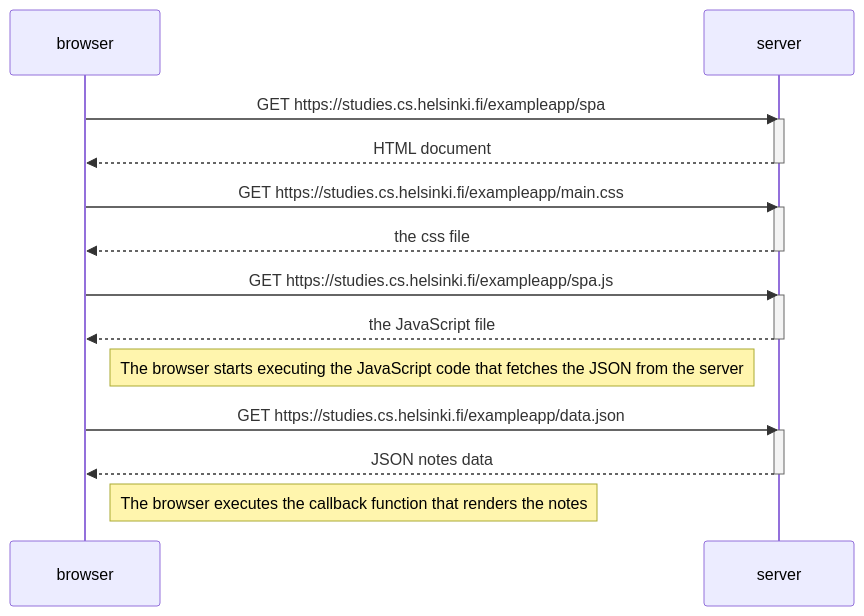
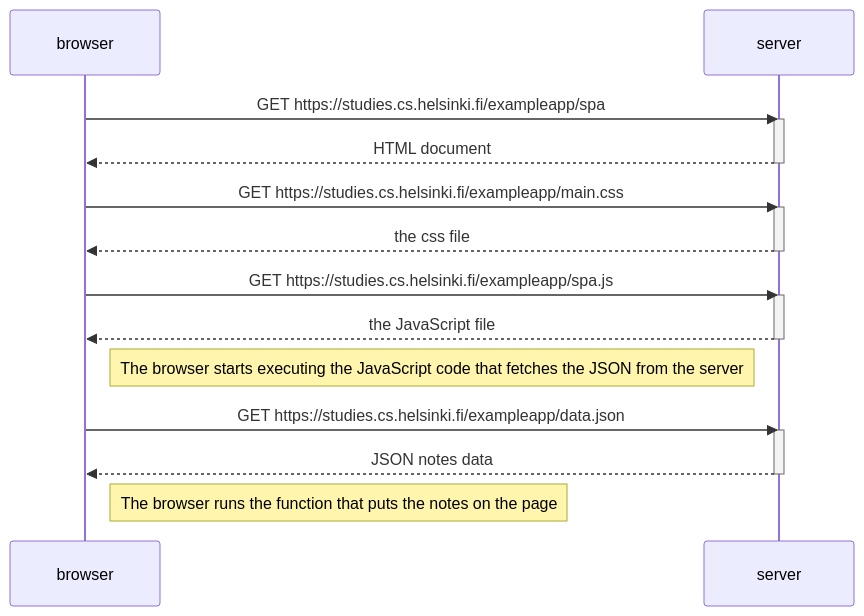
One commit to justus-the-pegasus/fullstackopen changed the diagram in part0/exercise0.5.md. Above: the diagram before and after it, drawn with Mermaid. The commit also changed 1 other file, not shown here.

Commit message:
updated notes

````diff
--- a/part0/exercise0.5.md
+++ b/part0/exercise0.5.md
@@ -1,29 +1,29 @@
 ```mermaid
 sequenceDiagram
     participant browser
     participant server
 
     browser->>server: GET https://studies.cs.helsinki.fi/exampleapp/spa
     activate server
     server-->>browser: HTML document
     deactivate server
 
     browser->>server: GET https://studies.cs.helsinki.fi/exampleapp/main.css
     activate server
     server-->>browser: the css file
     deactivate server
 
     browser->>server: GET https://studies.cs.helsinki.fi/exampleapp/spa.js
     activate server
     server-->>browser: the JavaScript file
     deactivate server
 
     Note right of browser: The browser starts executing the JavaScript code that fetches the JSON from the server
 
     browser->>server: GET https://studies.cs.helsinki.fi/exampleapp/data.json
     activate server
     server-->>browser: JSON notes data
     deactivate server
 
-    Note right of browser: The browser executes the callback function that renders the notes
+    Note right of browser: The browser runs the function that puts the notes on the page
 ```
````
